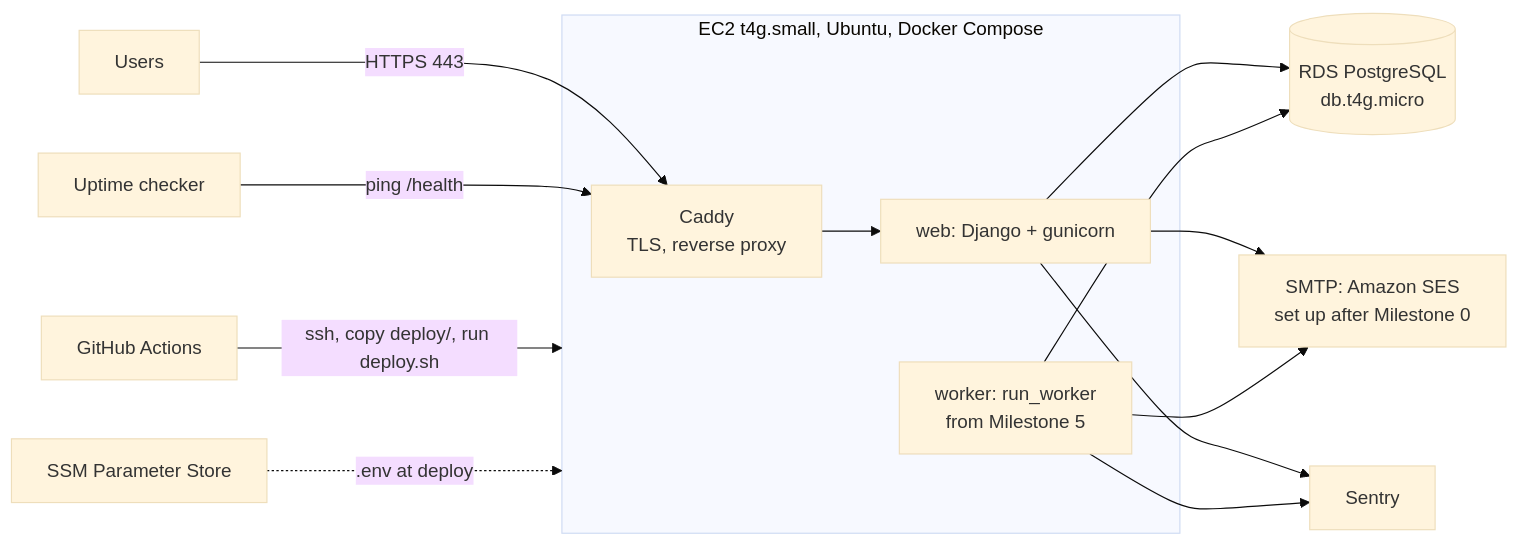
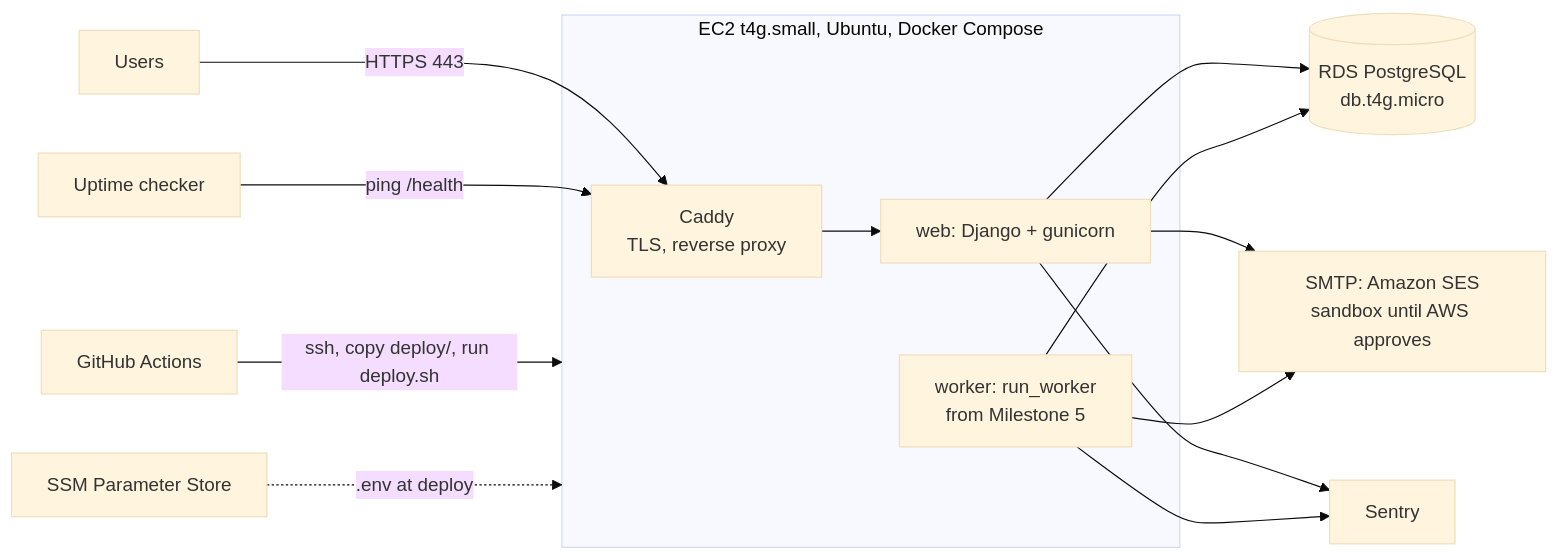
Before and after one commit to Sohum-Gupta/AccelerareMVP: the diagram in docs/04-infrastructure.md, drawn with Mermaid (base theme). The commit also changed other lines of this file, not shown here.

First line of the commit message:
Record the SES setup in the runbook: what was done, what is pending

````diff
--- a/docs/04-infrastructure.md
+++ b/docs/04-infrastructure.md
@@ -16,17 +16,17 @@
 ```mermaid
 flowchart LR
     U[Users] -->|HTTPS 443| C[Caddy<br/>TLS, reverse proxy]
     subgraph EC2 [EC2 t4g.small, Ubuntu, Docker Compose]
         C --> W[web: Django + gunicorn]
         K[worker: run_worker<br/>from Milestone 5]
     end
     W --> R[(RDS PostgreSQL<br/>db.t4g.micro)]
     K --> R
-    W --> M[SMTP: Amazon SES<br/>set up after Milestone 0]
+    W --> M[SMTP: Amazon SES<br/>sandbox until AWS approves]
     K --> M
     GH[GitHub Actions] -->|ssh, copy deploy/, run deploy.sh| EC2
     W --> S[Sentry]
     K --> S
     UP[Uptime checker] -->|ping /health| C
     PS[SSM Parameter Store] -.->|.env at deploy| EC2
 ```
````
